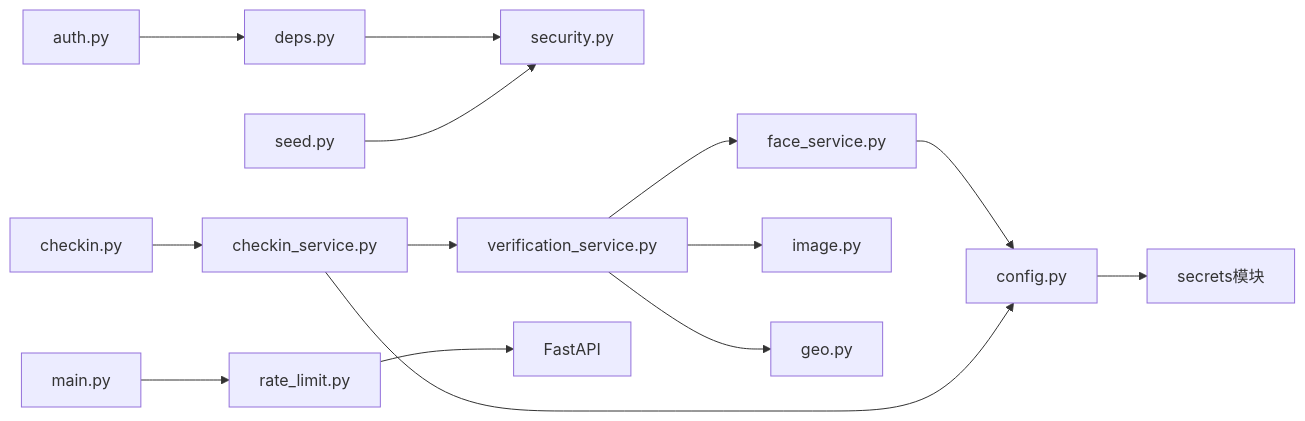
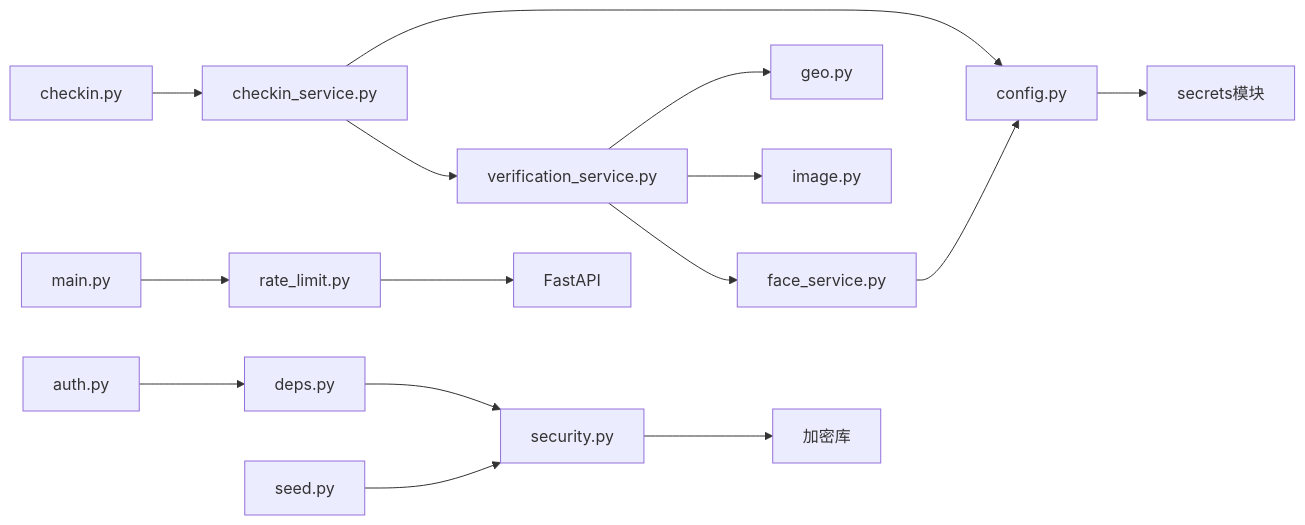
The tenth of 10 diagrams in .qoder/repowiki/zh/content/安全与认证机制/安全与认证机制.md (onebody/homework), drawn with Mermaid before and after one commit. The commit also changed other lines of this file and 14 other files, not shown here.

````diff
--- a/.qoder/repowiki/zh/content/安全与认证机制/安全与认证机制.md
+++ b/.qoder/repowiki/zh/content/安全与认证机制/安全与认证机制.md
@@ -485,16 +566,17 @@
 ```mermaid
 graph LR
 Auth["auth.py"] --> Deps["deps.py"]
 Deps --> Security["security.py"]
 Checkin["checkin.py"] --> CheckinSvc["checkin_service.py"]
 CheckinSvc --> Verify["verification_service.py"]
 Verify --> Face["face_service.py"]
 Verify --> Image["image.py"]
 Verify --> Geo["geo.py"]
 Face --> Config["config.py"]
 CheckinSvc --> Config
 Main["main.py"] --> RateLimit["rate_limit.py"]
 RateLimit --> FastAPI["FastAPI"]
 Seed["seed.py"] --> Security
 Config --> Secrets["secrets模块"]
+Security --> Crypto["加密库"]
 ```
````
